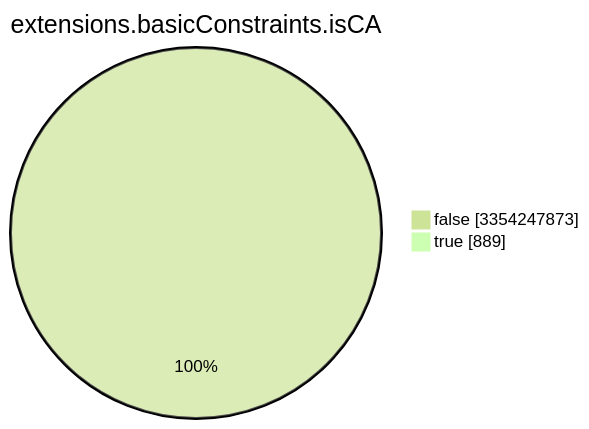
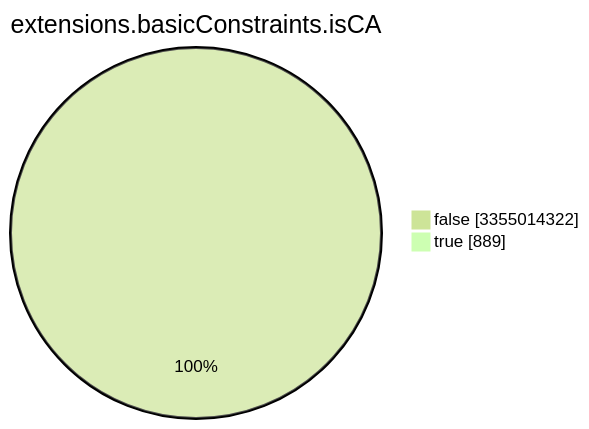
The seventh of 15 diagrams in TOTAL/README.md (christiankrug/ctmonitor_visualization), drawn with Mermaid (forest theme) before and after one commit. The commit also changed other lines of this file, not shown here.

````diff
--- a/TOTAL/README.md
+++ b/TOTAL/README.md
@@ -3089,6 +3089,6 @@
 ```mermaid
 pie showData
 title extensions.basicConstraints.isCA
-"false" :3354247873
+"false" :3355014322
 "true" :889
 ```
````
